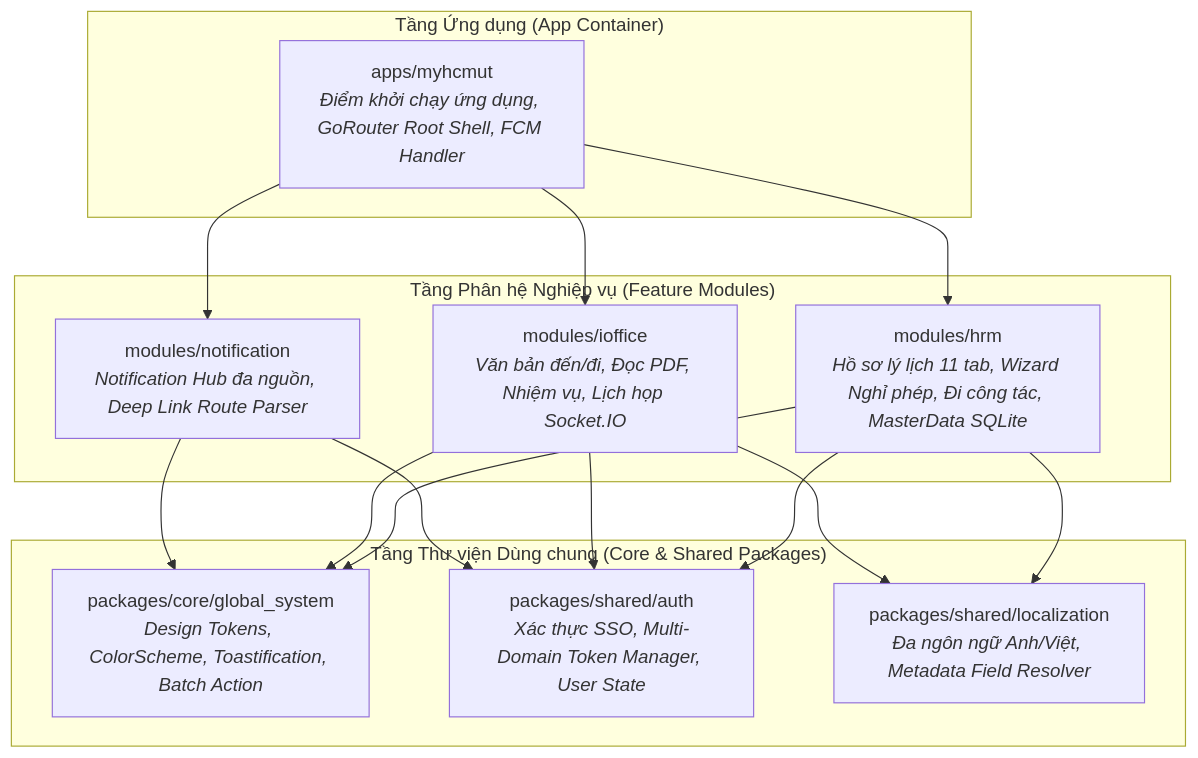
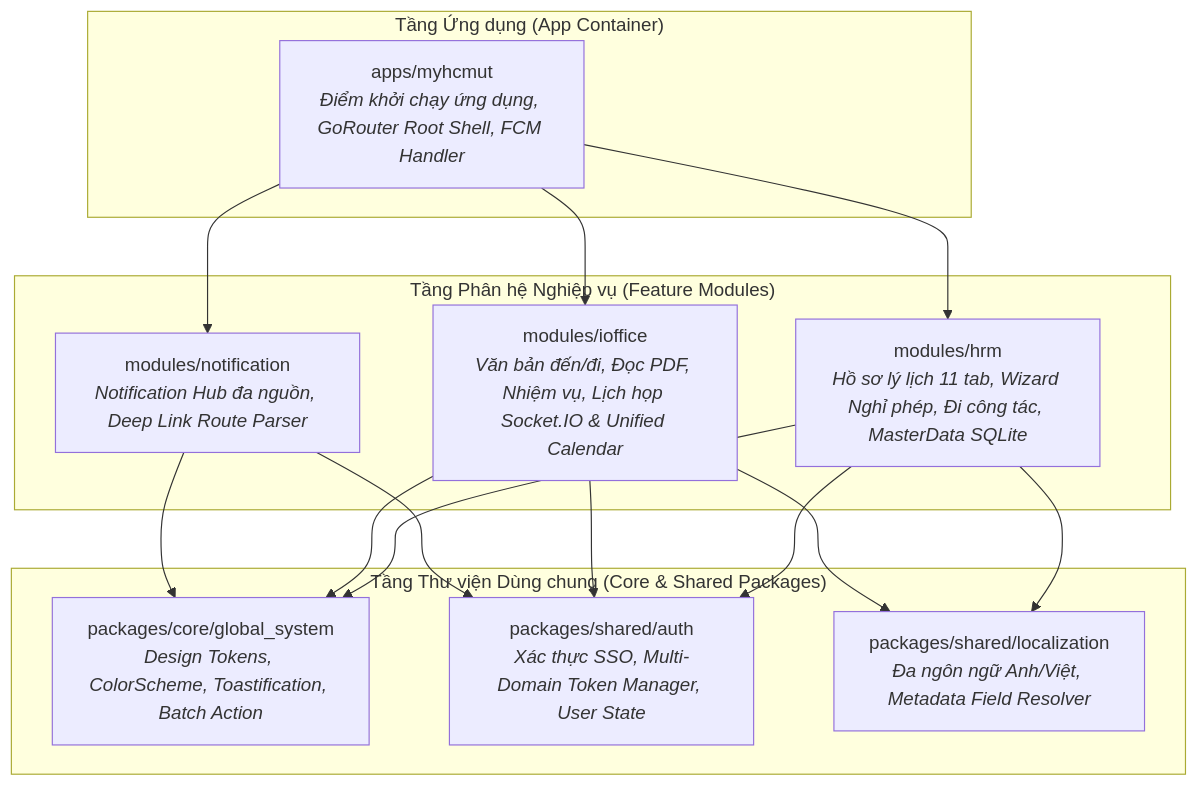
Before and after one commit to xchinh/Report-DATN: the third of 7 diagrams in docs/10_SECTION_3_2_FRONTEND_ENGINEERING.md, drawn with Mermaid. The commit also changed other lines of this file and 114 other files, not shown here.

````diff
--- a/docs/10_SECTION_3_2_FRONTEND_ENGINEERING.md
+++ b/docs/10_SECTION_3_2_FRONTEND_ENGINEERING.md
@@ -236,33 +255,33 @@
 ```mermaid
 graph TD
     subgraph AppContainer["Tầng Ứng dụng (App Container)"]
         MainApp["apps/myhcmut<br/><i>Điểm khởi chạy ứng dụng, GoRouter Root Shell, FCM Handler</i>"]
     end
 
     subgraph FeatureModules["Tầng Phân hệ Nghiệp vụ (Feature Modules)"]
         HRM["modules/hrm<br/><i>Hồ sơ lý lịch 11 tab, Wizard Nghỉ phép, Đi công tác, MasterData SQLite</i>"]
-        IOFFICE["modules/ioffice<br/><i>Văn bản đến/đi, Đọc PDF, Nhiệm vụ, Lịch họp Socket.IO</i>"]
+        IOFFICE["modules/ioffice<br/><i>Văn bản đến/đi, Đọc PDF, Nhiệm vụ, Lịch họp Socket.IO & Unified Calendar</i>"]
         NOTIF["modules/notification<br/><i>Notification Hub đa nguồn, Deep Link Route Parser</i>"]
     end
 
     subgraph SharedPackages["Tầng Thư viện Dùng chung (Core & Shared Packages)"]
         GLOBAL["packages/core/global_system<br/><i>Design Tokens, ColorScheme, Toastification, Batch Action</i>"]
         AUTH["packages/shared/auth<br/><i>Xác thực SSO, Multi-Domain Token Manager, User State</i>"]
         LOCAL["packages/shared/localization<br/><i>Đa ngôn ngữ Anh/Việt, Metadata Field Resolver</i>"]
     end
 
     MainApp --> HRM
     MainApp --> IOFFICE
     MainApp --> NOTIF
 
     HRM --> GLOBAL
     HRM --> AUTH
     HRM --> LOCAL
 
     IOFFICE --> GLOBAL
     IOFFICE --> AUTH
     IOFFICE --> LOCAL
 
     NOTIF --> GLOBAL
     NOTIF --> AUTH
 ```
````
